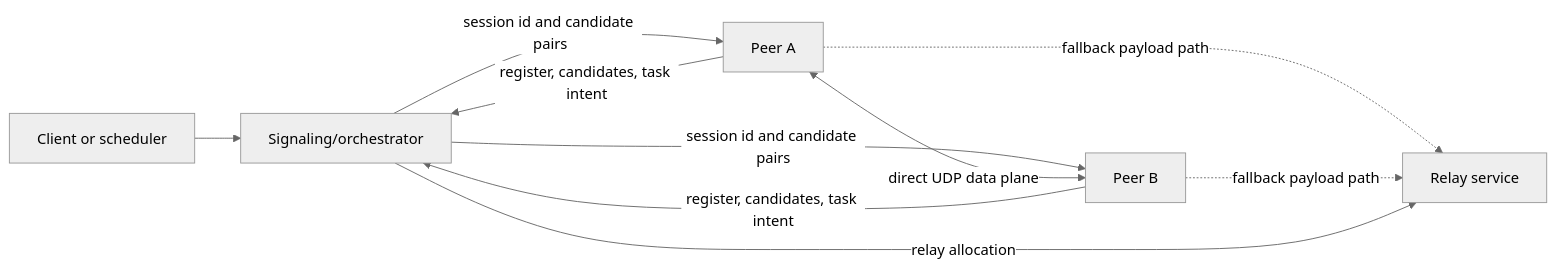
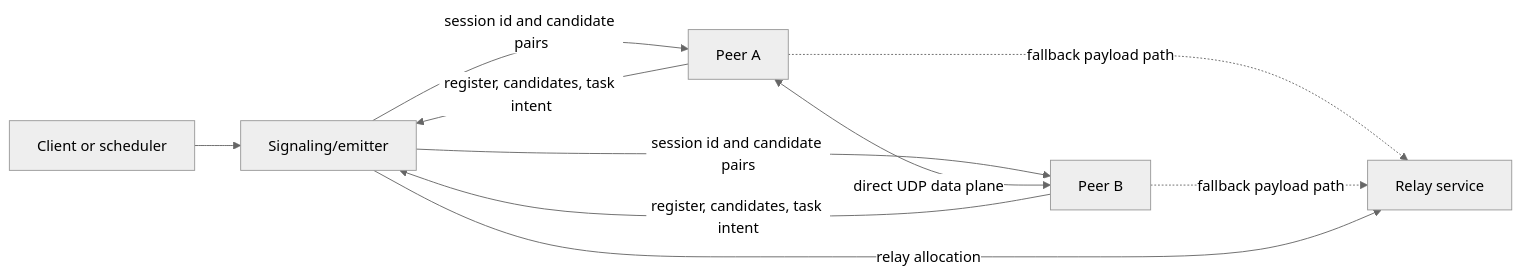
Before and after one commit to Silicium-Project/Fusion: the first of 2 diagrams in docs/p2p-direct-transport-contract.md, drawn with Mermaid (neutral theme). The commit also changed other lines of this file and 9 other files, not shown here.

Commit message:
feat(issue-67): decentralize workload orchestration (rename orchestrator to emitter) (#237)

````diff
--- a/docs/p2p-direct-transport-contract.md
+++ b/docs/p2p-direct-transport-contract.md
@@ -33,12 +33,12 @@
 ```mermaid
 flowchart LR
-    Client[Client or scheduler] --> Signaling[Signaling/orchestrator]
+    Client[Client or scheduler] --> Signaling[Signaling/emitter]
     A[Peer A] -->|register, candidates, task intent| Signaling
     B[Peer B] -->|register, candidates, task intent| Signaling
     Signaling -->|session id and candidate pairs| A
     Signaling -->|session id and candidate pairs| B
     A <-->|direct UDP data plane| B
     A -.->|fallback payload path| Relay[Relay service]
     B -.->|fallback payload path| Relay
     Signaling -->|relay allocation| Relay
 ```
````
